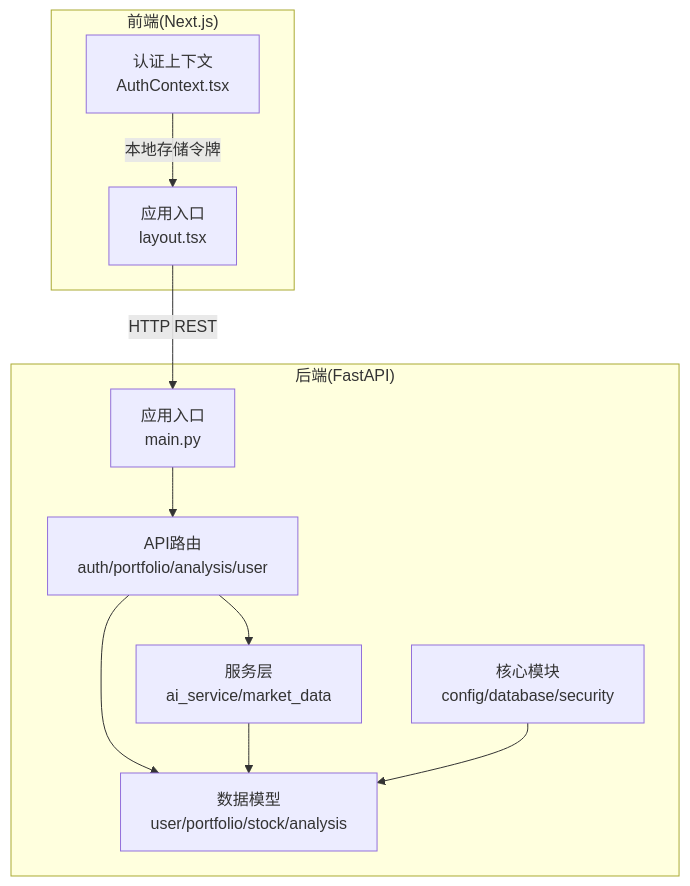
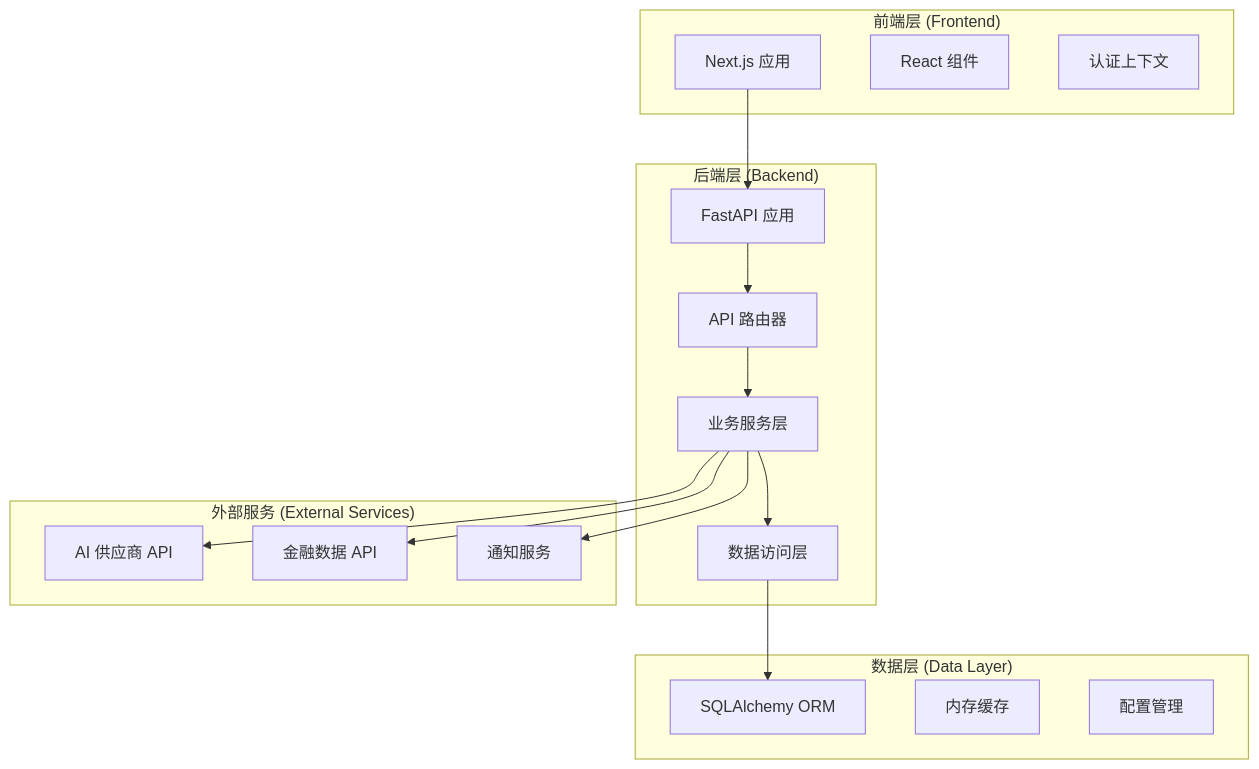
Before and after one commit to breeze-lyf/ai-stock-advisor: the first of 6 diagrams in .qoder/repowiki/zh/content/系统架构/系统架构.md, drawn with Mermaid. The commit also changed other lines of this file and 43 other files, not shown here.

Commit message:
feat: Enhance AI analysis service, update market data providers, and refactor stock detail UI with new analysis components.

````diff
--- a/.qoder/repowiki/zh/content/系统架构/系统架构.md
+++ b/.qoder/repowiki/zh/content/系统架构/系统架构.md
@@ -43,21 +51,32 @@
 ```mermaid
 graph TB
-subgraph "前端(Next.js)"
-FE_App["应用入口<br/>layout.tsx"]
-FE_Auth["认证上下文<br/>AuthContext.tsx"]
+subgraph "前端层 (Frontend)"
+FE_Next["Next.js 应用"]
+FE_Components["React 组件"]
+FE_Context["认证上下文"]
 end
-subgraph "后端(FastAPI)"
-BE_Main["应用入口<br/>main.py"]
-BE_Routers["API路由<br/>auth/portfolio/analysis/user"]
-BE_Core["核心模块<br/>config/database/security"]
-BE_Services["服务层<br/>ai_service/market_data"]
-BE_Models["数据模型<br/>user/portfolio/stock/analysis"]
+subgraph "后端层 (Backend)"
+BE_FastAPI["FastAPI 应用"]
+BE_Routers["API 路由器"]
+BE_Services["业务服务层"]
+BE_Repositories["数据访问层"]
 end
-FE_App --> |"HTTP REST"| BE_Main
-FE_Auth --> |"本地存储令牌"| FE_App
-BE_Main --> BE_Routers
+subgraph "数据层 (Data Layer)"
+DL_Database["SQLAlchemy ORM"]
+DL_Cache["内存缓存"]
+DL_Config["配置管理"]
+end
+subgraph "外部服务 (External Services)"
+ES_AI["AI 供应商 API"]
+ES_Market["金融数据 API"]
+ES_Notification["通知服务"]
+end
+FE_Next --> BE_FastAPI
+BE_FastAPI --> BE_Routers
 BE_Routers --> BE_Services
-BE_Routers --> BE_Models
-BE_Services --> BE_Models
-BE_Core --> BE_Models
+BE_Services --> BE_Repositories
+BE_Repositories --> DL_Database
+BE_Services --> ES_AI
+BE_Services --> ES_Market
+BE_Services --> ES_Notification
 ```
````
